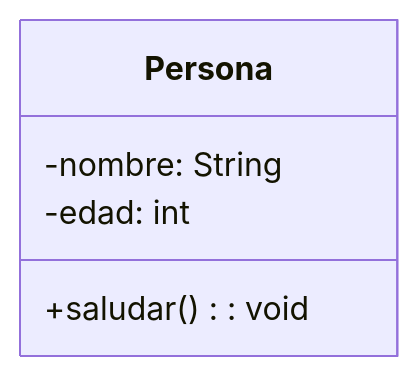
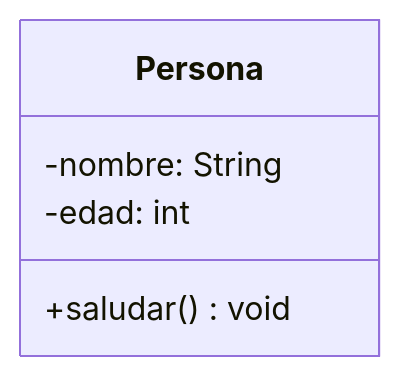
Before and after one commit to danielmartinan/entornos_desarrollo_2024-25: the first of 28 diagrams in UD4 - Introducción a POO, diagramas UML y diagramas de clases/ud04_2_notacion_uml_diagramas_clases.md, drawn with Mermaid. The commit also changed other lines of this file and 2 other files, not shown here.

Commit message:
Movido pasos para crear un diagrama de clases a partir de la definición del problema de ud04_3 a ud04_2

````diff
--- a/UD4 - Introducción a POO, diagramas UML y diagramas de clases/ud04_2_notacion_uml_diagramas_clases.md
+++ b/UD4 - Introducción a POO, diagramas UML y diagramas de clases/ud04_2_notacion_uml_diagramas_clases.md
@@ -43,9 +52,9 @@
 ```mermaid
 
 classDiagram
     class Persona {
         -nombre: String
         -edad: int
-        +saludar(): void
+        +saludar() void
     }
 ```
````
